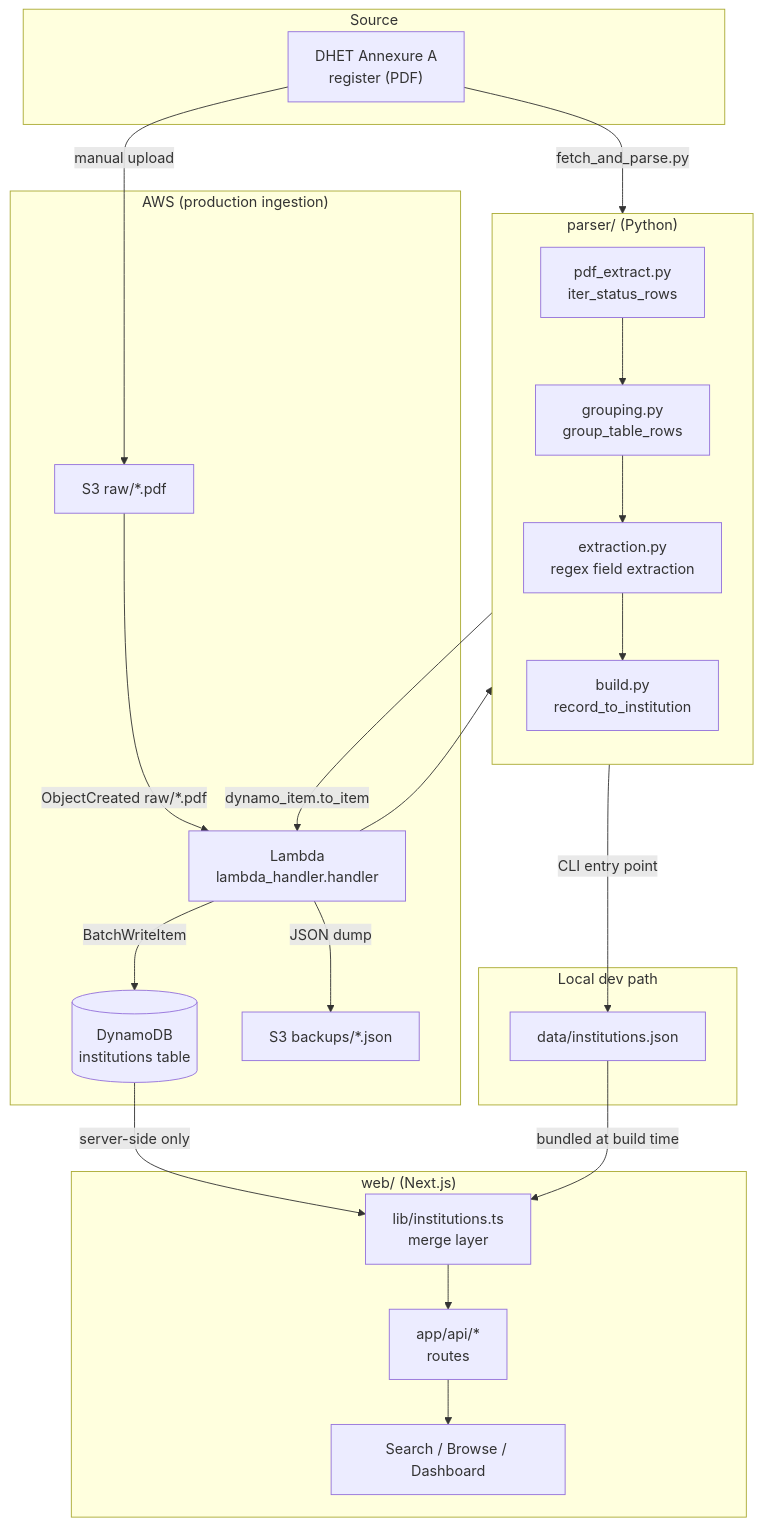
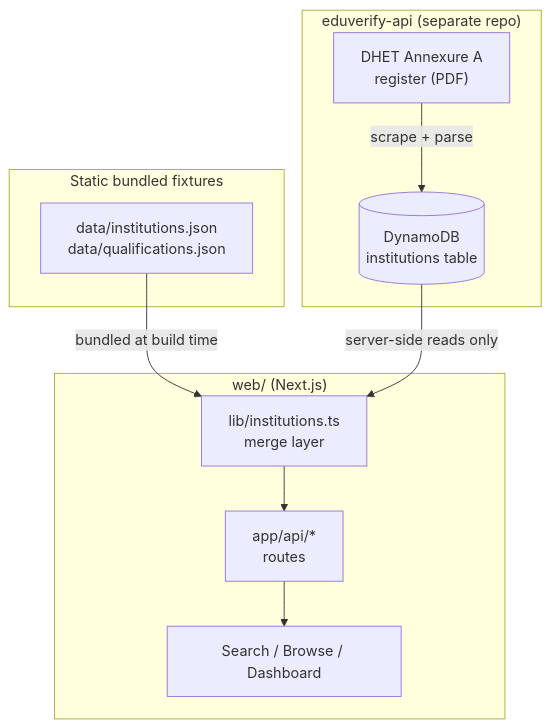
The first of 3 diagrams in README.md (yangakandeni/eduverify), drawn with Mermaid before and after one commit. The commit also changed other lines of this file and 58 other files, not shown here.

````diff
--- a/README.md
+++ b/README.md
@@ -26,46 +26,21 @@
 ```mermaid
 flowchart TB
-    subgraph SRC["Source"]
-        PDF["DHET Annexure A\nregister (PDF)"]
+    subgraph EXT["eduverify-api (separate repo)"]
+        DHET["DHET Annexure A\nregister (PDF)"]
+        DHET -->|scrape + parse| DDB[("DynamoDB\ninstitutions table")]
     end
 
-    subgraph PARSER["parser/ (Python)"]
-        direction TB
-        P1["pdf_extract.py\niter_status_rows"]
-        P2["grouping.py\ngroup_table_rows"]
-        P3["extraction.py\nregex field extraction"]
-        P4["build.py\nrecord_to_institution"]
-        P1 --> P2 --> P3 --> P4
-    end
-
-    subgraph LOCAL["Local dev path"]
-        JSON["data/institutions.json"]
-    end
-
-    subgraph AWS["AWS (production ingestion)"]
-        S3["S3 raw/*.pdf"]
-        LAMBDA["Lambda\nlambda_handler.handler"]
-        DDB[("DynamoDB\ninstitutions table")]
-        BACKUP["S3 backups/*.json"]
+    subgraph LOCAL["Static bundled fixtures"]
+        JSON["data/institutions.json\ndata/qualifications.json"]
     end
 
     subgraph WEBAPP["web/ (Next.js)"]
         LIB["lib/institutions.ts\nmerge layer"]
         API["app/api/*\nroutes"]
         UI["Search / Browse / Dashboard"]
     end
 
-    PDF -->|fetch_and_parse.py| P1
-    P4 -->|CLI entry point| JSON
     JSON -->|bundled at build time| LIB
-
-    PDF -->|manual upload| S3
-    S3 -->|ObjectCreated raw/*.pdf| LAMBDA
-    LAMBDA --> P1
-    P4 -->|dynamo_item.to_item| LAMBDA
-    LAMBDA -->|BatchWriteItem| DDB
-    LAMBDA -->|JSON dump| BACKUP
-
-    DDB -->|server-side only| LIB
+    DDB -->|server-side reads only| LIB
     LIB --> API --> UI
 ```
````
